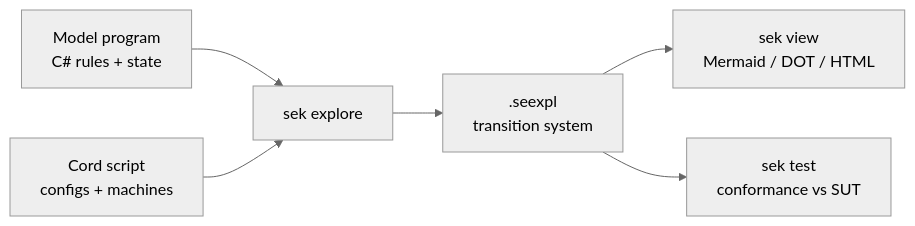
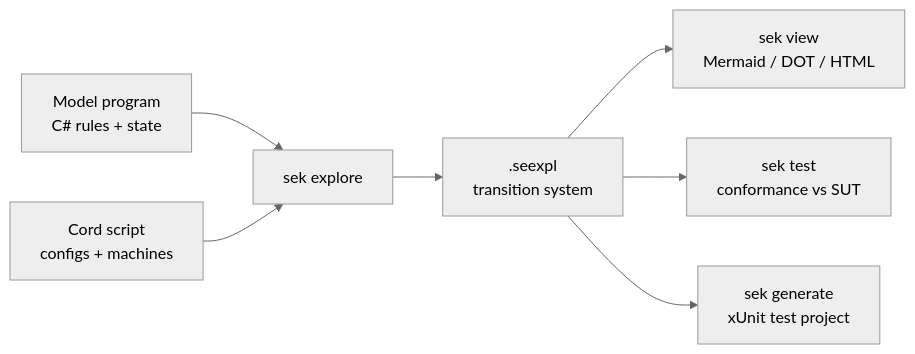
Before and after one commit to stuartpa/sek: the diagram in docs/index.md, drawn with Mermaid (neutral theme). The commit also changed other lines of this file and 6 other files, not shown here.

Commit message:
Add 'sek generate': emit a runnable xUnit test project from an exploration (transition-covering paths), with docs

````diff
--- a/docs/index.md
+++ b/docs/index.md
@@ -37,8 +37,9 @@
 ```mermaid
 flowchart LR
     A[Model program<br/>C# rules + state] --> B[sek explore]
     C[Cord script<br/>configs + machines] --> B
     B --> D[.seexpl<br/>transition system]
     D --> E[sek view<br/>Mermaid / DOT / HTML]
     D --> F[sek test<br/>conformance vs SUT]
+    D --> G[sek generate<br/>xUnit test project]
 ```
````
